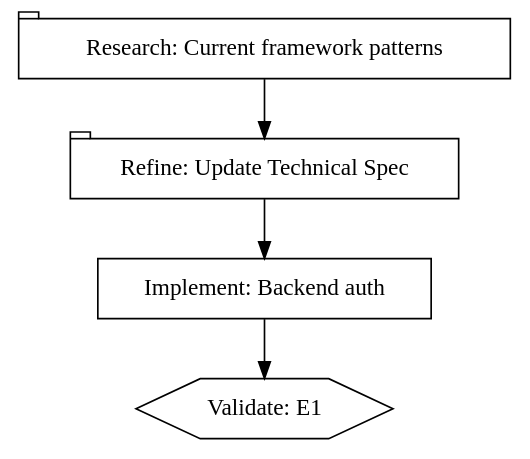
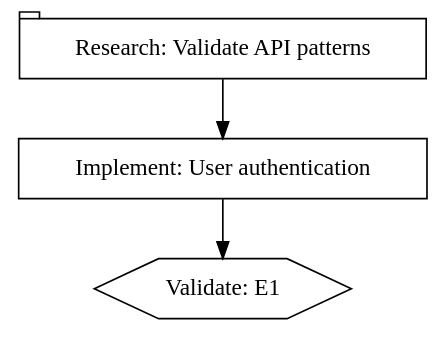
One commit to bjornslib/claude-code-harness changed the diagram in README.md. Above: the diagram before and after it, drawn with Graphviz. The commit also changed other lines of this file and 1 other file, not shown here.

First line of the commit message:
docs: rewrite README and ARCHITECTURE for public-facing CoBuilder repo

````diff
--- a/README.md
+++ b/README.md
@@ -139,40 +90,26 @@
 ```dot
-digraph my_initiative {
-    graph [target_dir="/path/to/project" worktree_id="my-initiative"];
+digraph my_feature {
+    graph [target_dir="/path/to/project"];
 
     research_e1 [
-        shape=tab
-        handler="research"
-        label="Research: Current framework patterns"
+        shape=tab  handler="research"
+        label="Research: Validate API patterns"
         llm_profile="anthropic-fast"
-        status="pending"
-    ];
-
-    refine_e1 [
-        shape=tab
-        handler="refine"
-        label="Refine: Update Technical Spec"
-        llm_profile="anthropic-smart"
-        status="pending"
     ];
 
     codergen_e1 [
-        shape=box
-        handler="codergen"
-        label="Implement: Backend auth"
+        shape=box  handler="codergen"
+        label="Implement: User authentication"
         llm_profile="anthropic-smart"
-        ts_path="docs/specs/my-feature/TS-MY-FEATURE-E1.md"
         worker_type="backend-solutions-engineer"
-        status="pending"
+        ts_path="docs/specs/auth-TS-E1.md"
     ];
 
     validate_e1 [
-        shape=hexagon
-        handler="wait.cobuilder"
+        shape=hexagon  handler="wait.cobuilder"
         label="Validate: E1"
-        status="pending"
     ];
 
-    research_e1 -> refine_e1 -> codergen_e1 -> validate_e1;
+    research_e1 -> codergen_e1 -> validate_e1;
 }
 ```
````
